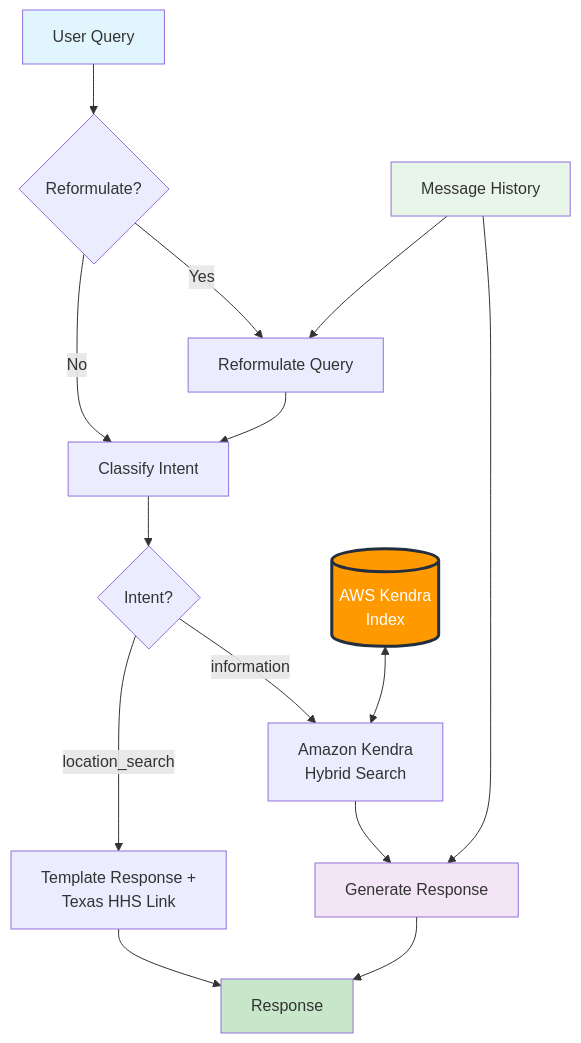
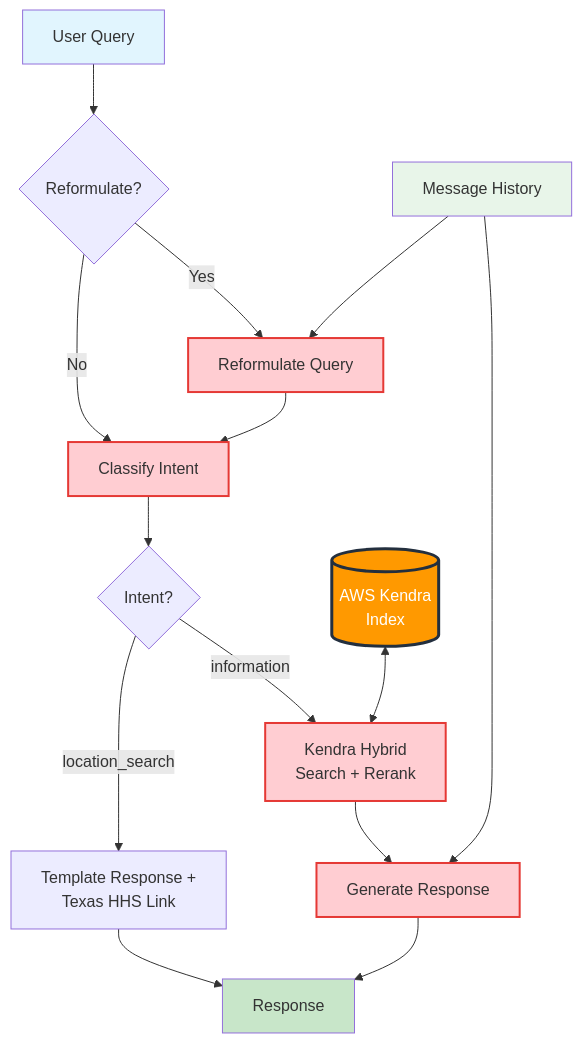
One commit to techybolek/child changed the diagram in SPECS/diagrams/kendra-diagram.md. Above: the diagram before and after it, drawn with Mermaid. The commit also changed other lines of this file and 3 other files, not shown here.

````diff
--- a/SPECS/diagrams/kendra-diagram.md
+++ b/SPECS/diagrams/kendra-diagram.md
@@ -3,28 +3,31 @@
 ```mermaid
 flowchart TD
     A[User Query] --> B{Reformulate?}
 
     B -->|Yes| C[Reformulate Query]
     B -->|No| D[Classify Intent]
     C --> D
 
     D --> E{Intent?}
 
     E -->|location_search| F[Template Response +<br/>Texas HHS Link]
     F --> Z[Response]
 
-    E -->|information| G[Amazon Kendra<br/>Hybrid Search]
+    E -->|information| G[Kendra Hybrid<br/>Search + Rerank]
     AWS[(AWS Kendra<br/>Index)] <--> G
 
     G --> J[Generate Response]
     MEM[Message History] --> C
     MEM --> J
 
     J --> Z
 
     style A fill:#e1f5fe
     style Z fill:#c8e6c9
     style AWS fill:#ff9900,stroke:#232f3e,stroke-width:3px,color:#fff
-    style J fill:#f3e5f5
     style MEM fill:#e8f5e9
+    style C fill:#ffcdd2,stroke:#e53935,stroke-width:2px
+    style D fill:#ffcdd2,stroke:#e53935,stroke-width:2px
+    style J fill:#ffcdd2,stroke:#e53935,stroke-width:2px
+    style G fill:#ffcdd2,stroke:#e53935,stroke-width:2px
 ```
````
